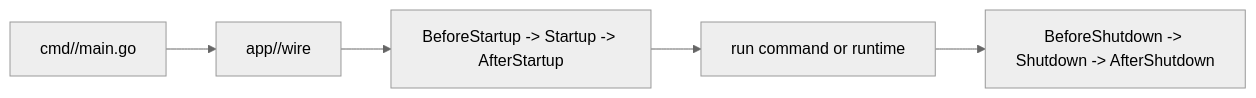
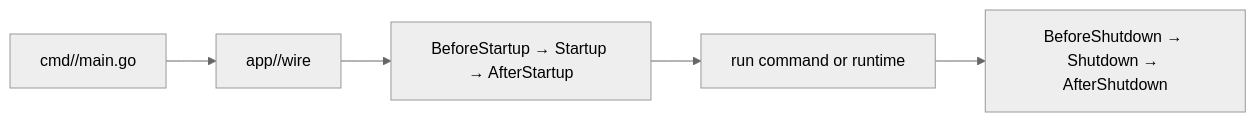
The diagram in docs/core/runtime-lifecycle.md (goforj/docs), drawn with Mermaid (neutral theme) before and after one commit. The commit also changed 34 other files, not shown here.

````diff
--- a/docs/core/runtime-lifecycle.md
+++ b/docs/core/runtime-lifecycle.md
@@ -41,7 +41,7 @@
 ```mermaid
 flowchart LR
   entry["cmd/<app>/main.go"] --> wire["app/<app>/wire"]
-  wire --> startup["BeforeStartup -> Startup -> AfterStartup"]
+  wire --> startup["BeforeStartup → Startup → AfterStartup"]
   startup --> command["run command or runtime"]
-  command --> shutdown["BeforeShutdown -> Shutdown -> AfterShutdown"]
+  command --> shutdown["BeforeShutdown → Shutdown → AfterShutdown"]
 ```
````
